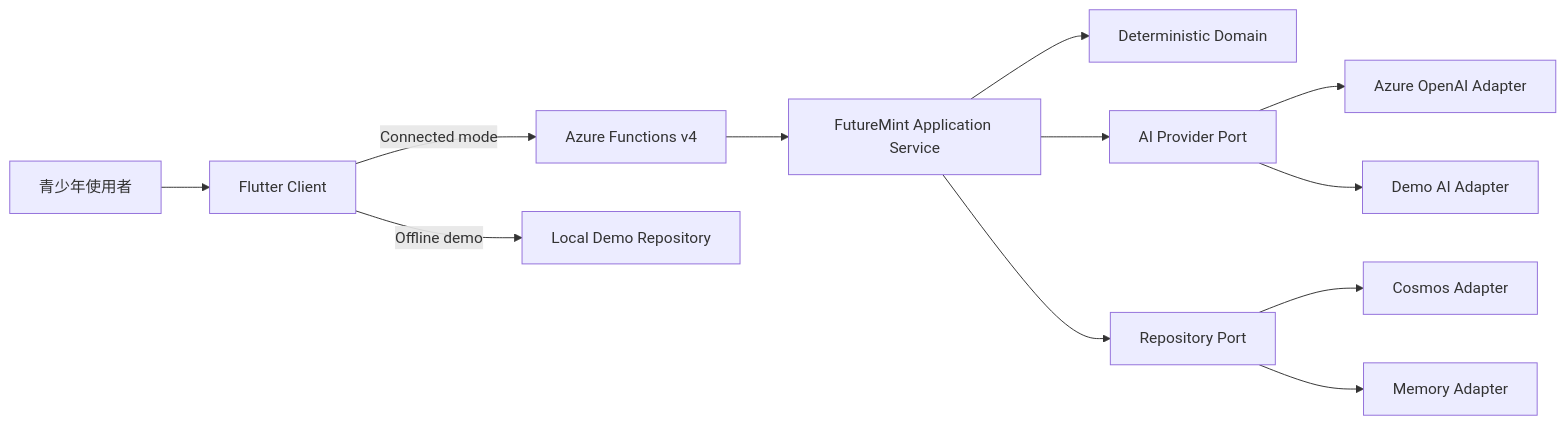
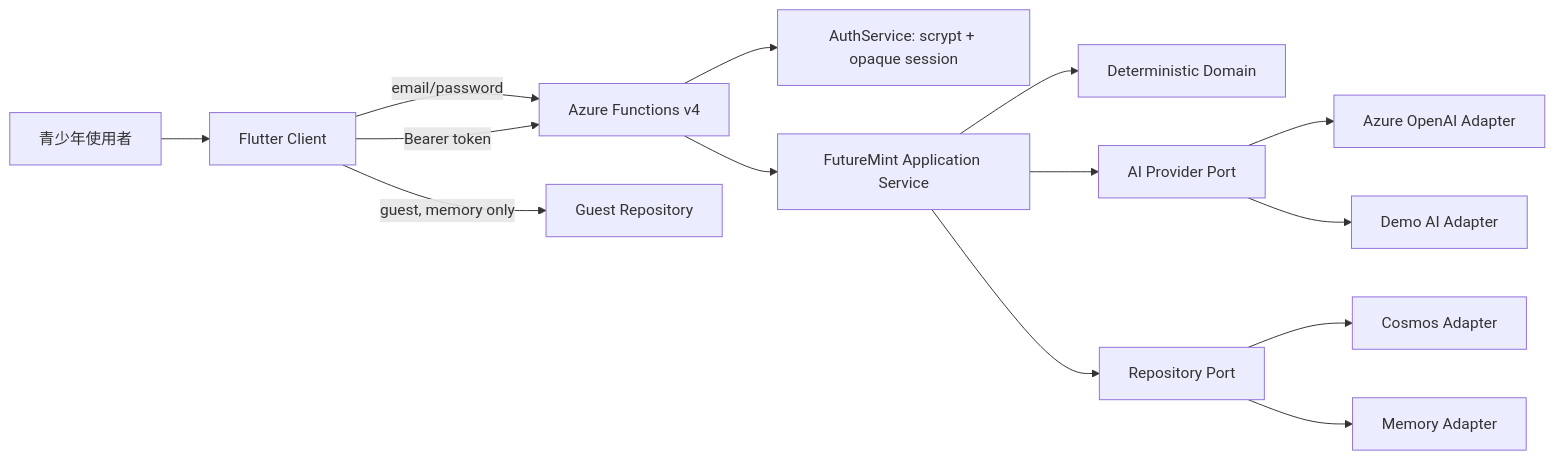
One commit to Sutdents-Project-Hub/FutureMint_AI changed the diagram in docs/architecture.md. Above: the diagram before and after it, drawn with Mermaid. The commit also changed other lines of this file and 83 other files, not shown here.

````diff
--- a/docs/architecture.md
+++ b/docs/architecture.md
@@ -12,14 +12,16 @@
 ```mermaid
 flowchart LR
     U["青少年使用者"] --> C["Flutter Client"]
-    C -->|"Connected mode"| F["Azure Functions v4"]
-    C -->|"Offline demo"| L["Local Demo Repository"]
+    C -->|"email/password"| F["Azure Functions v4"]
+    C -->|"guest, memory only"| G["Guest Repository"]
+    C -->|"Bearer token"| F
+    F --> AU["AuthService: scrypt + opaque session"]
     F --> S["FutureMint Application Service"]
     S --> D["Deterministic Domain"]
     S --> A["AI Provider Port"]
     S --> R["Repository Port"]
     A --> O["Azure OpenAI Adapter"]
     A --> DA["Demo AI Adapter"]
     R --> X["Cosmos Adapter"]
     R --> M["Memory Adapter"]
 ```
````
